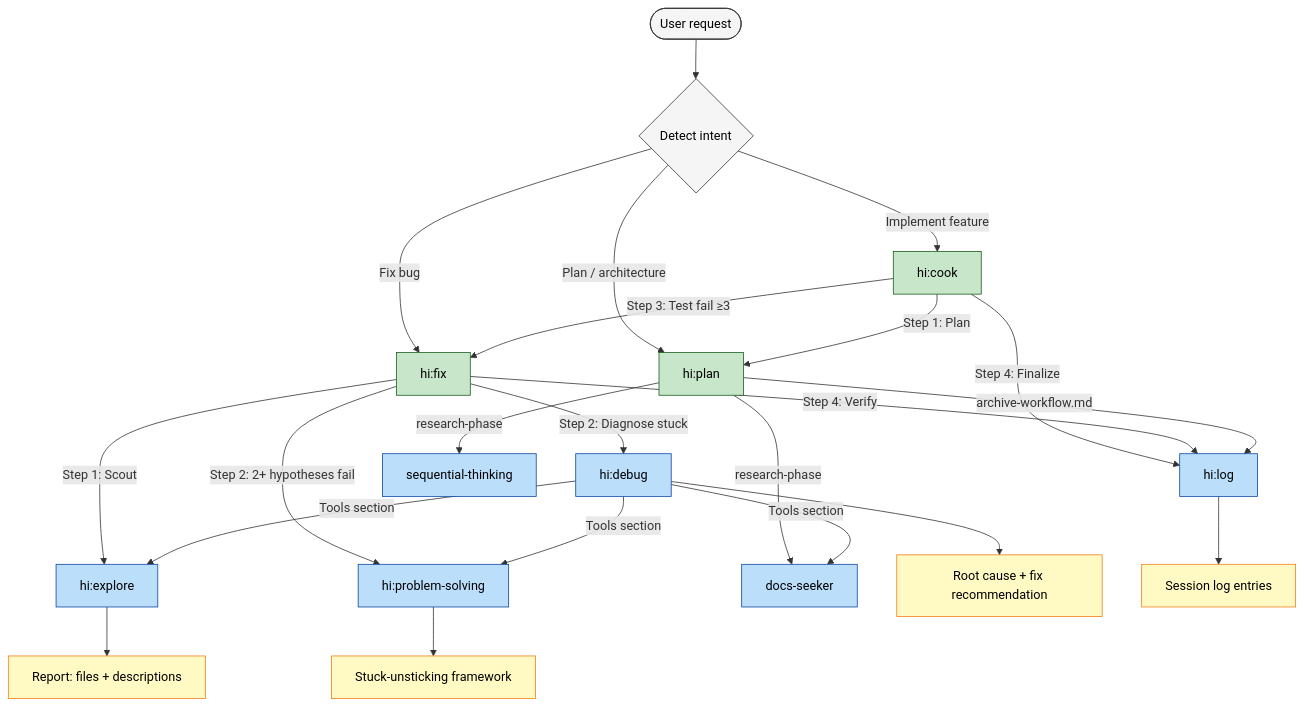
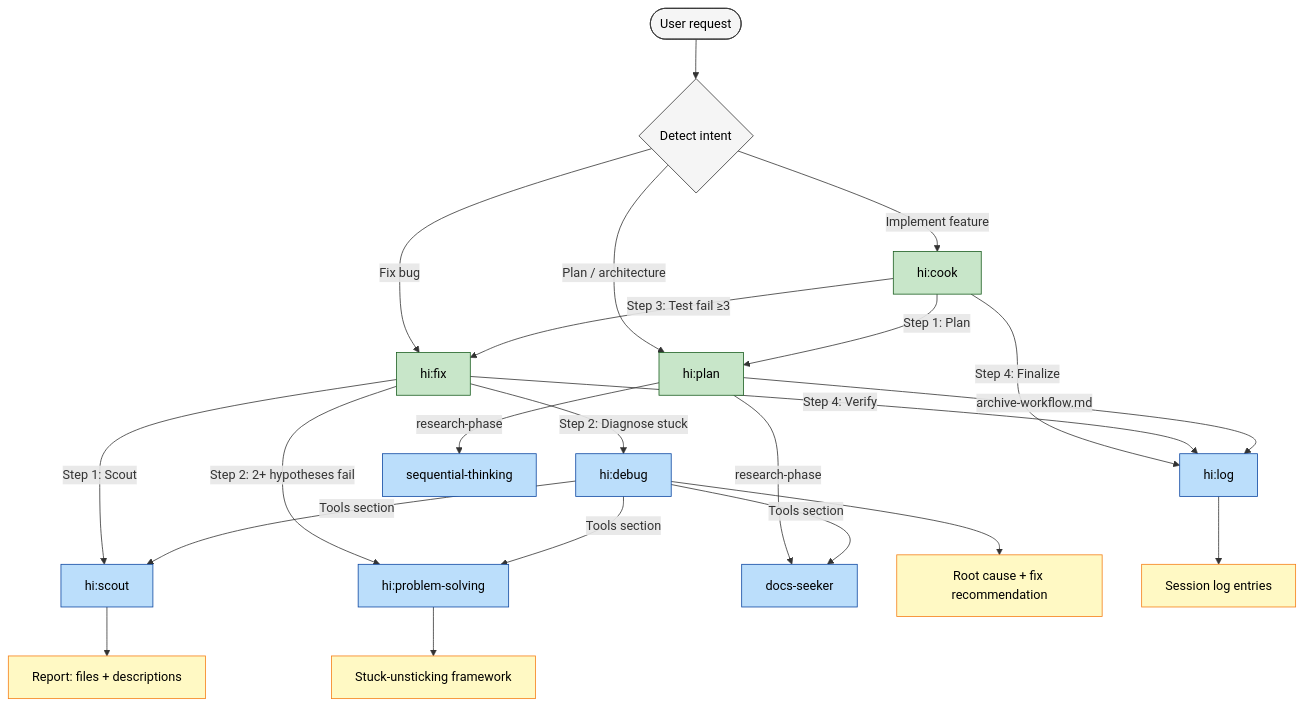
Before and after one commit to baka3k/dev-kit: the seventh of 7 diagrams in devkit.md, drawn with Mermaid. The commit also changed other lines of this file and 28 other files, not shown here.

````diff
--- a/devkit.md
+++ b/devkit.md
@@ -176,41 +176,41 @@
 ```mermaid
 graph TD
     User([User request]) --> Detect{Detect intent}
 
     Detect -->|Implement feature| Cook[hi:cook]
     Detect -->|Fix bug| Fix[hi:fix]
     Detect -->|Plan / architecture| Plan[hi:plan]
 
     Cook -->|Step 1: Plan| Plan
     Cook -->|Step 3: Test fail ≥3| Fix
     Cook -->|Step 4: Finalize| Log[hi:log]
 
-    Fix -->|Step 1: Scout| Explore[hi:explore]
+    Fix -->|Step 1: Scout| scout[hi:scout]
     Fix -->|Step 2: Diagnose stuck| Debug[hi:debug]
     Fix -->|Step 2: 2+ hypotheses fail| PS[hi:problem-solving]
     Fix -->|Step 4: Verify| Log
 
     Plan -->|research-phase| ST[sequential-thinking]
     Plan -->|research-phase| Docs[docs-seeker]
     Plan -->|archive-workflow.md| Log
 
-    Debug -->|Tools section| Explore
+    Debug -->|Tools section| scout
     Debug -->|Tools section| Docs
     Debug -->|Tools section| PS
 
-    Explore --> Output[Report: files + descriptions]
+    scout --> Output[Report: files + descriptions]
     Debug --> Output2[Root cause + fix recommendation]
     PS --> Output3[Stuck-unsticking framework]
     Log --> Output4[Session log entries]
 
     classDef primary fill:#c8e6c9,stroke:#1b5e20,color:#000
     classDef linked fill:#bbdefb,stroke:#0d47a1,color:#000
     classDef leaf fill:#fff9c4,stroke:#f57f17,color:#000
     classDef endnode fill:#f5f5f5,stroke:#333,color:#000
 
     class Cook,Fix,Plan primary
-    class Explore,Debug,Log,ST,Docs,PS linked
+    class scout,Debug,Log,ST,Docs,PS linked
     class Output,Output2,Output3,Output4 leaf
     class User,Detect endnode
 
 ```
````
